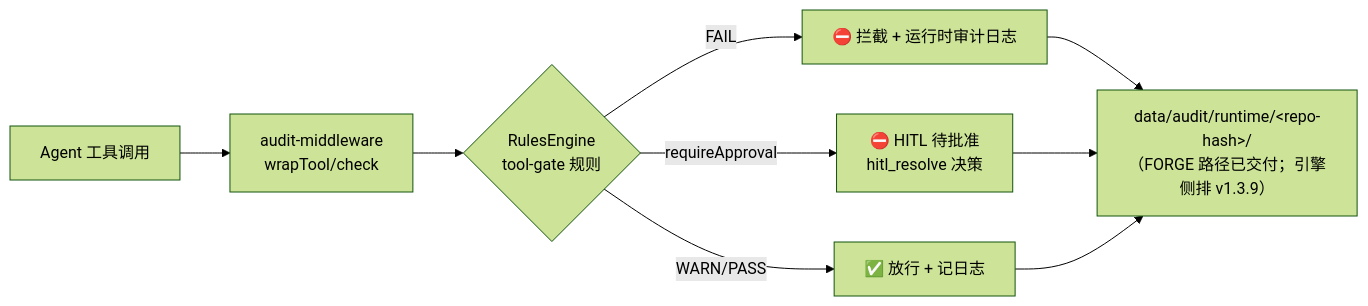
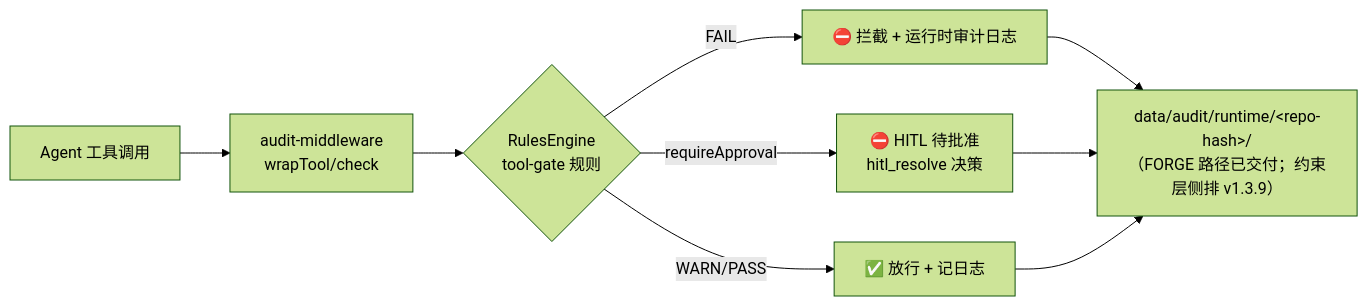
The eighth of 10 diagrams in docs/ARCHITECTURE.md (KongFangXun/sofagent), drawn with Mermaid (forest theme) before and after one commit. The commit also changed other lines of this file and 28 other files, not shown here.

````diff
--- a/docs/ARCHITECTURE.md
+++ b/docs/ARCHITECTURE.md
@@ -570,11 +572,11 @@
 ```mermaid
 graph LR
     A[Agent 工具调用] --> B[audit-middleware<br/>wrapTool/check]
     B --> C{RulesEngine<br/>tool-gate 规则}
     C -->|FAIL| D[⛔ 拦截 + 运行时审计日志]
     C -->|requireApproval| E[⛔ HITL 待批准<br/>hitl_resolve 决策]
     C -->|WARN/PASS| F[✅ 放行 + 记日志]
-    D --> G[data/audit/runtime/&lt;repo-hash&gt;/<br/>（FORGE 路径已交付；引擎侧排 v1.3.9）]
+    D --> G[data/audit/runtime/&lt;repo-hash&gt;/<br/>（FORGE 路径已交付；约束层侧排 v1.3.9）]
     E --> G
     F --> G
 ```
````
